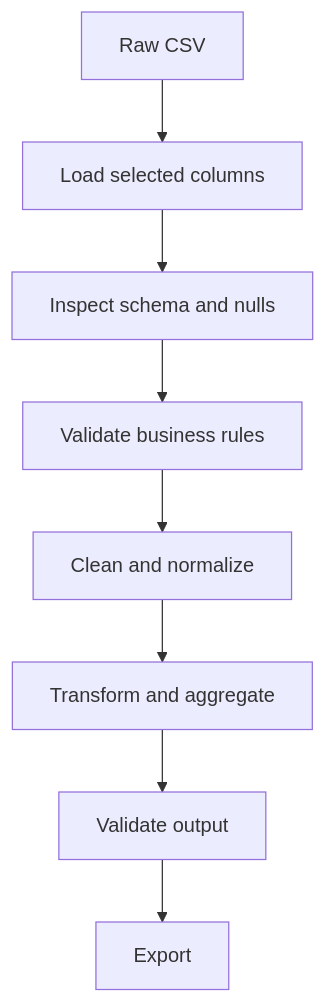
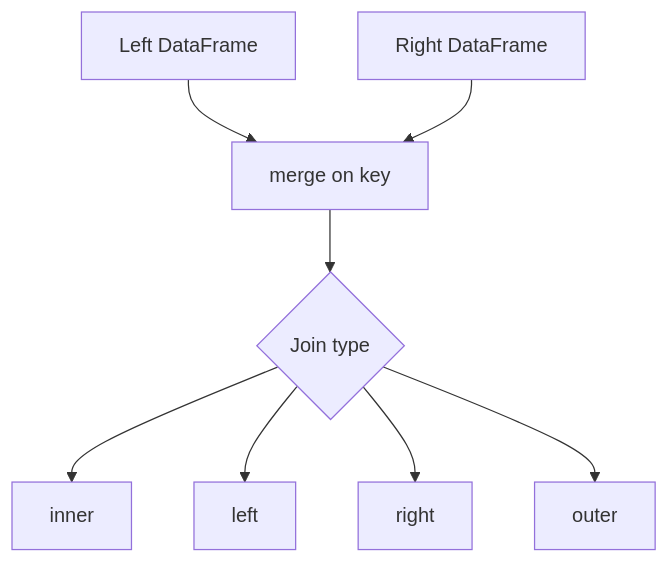
One commit to shomi-khan/preparation changed the fourth of 4 diagrams in day1/09-pandas/README.md. Above: the diagram before and after it, drawn with Mermaid. The commit also changed other lines of this file, not shown here.

````diff
--- a/day1/09-pandas/README.md
+++ b/day1/09-pandas/README.md
@@ -191,10 +215,10 @@
-```mermaid
+~~~mermaid
 flowchart TD
- A["Raw CSV"] --> B["Load selected columns"]
- B --> C["Inspect schema and nulls"]
- C --> D["Validate business rules"]
- D --> E["Clean and normalize"]
- E --> F["Transform and aggregate"]
- F --> G["Validate output"]
- G --> H["Export"]
-```
+    A["Left DataFrame"] --> C["merge on key"]
+    B["Right DataFrame"] --> C
+    C --> D{"Join type"}
+    D --> E["inner"]
+    D --> F["left"]
+    D --> G["right"]
+    D --> H["outer"]
+~~~
````
